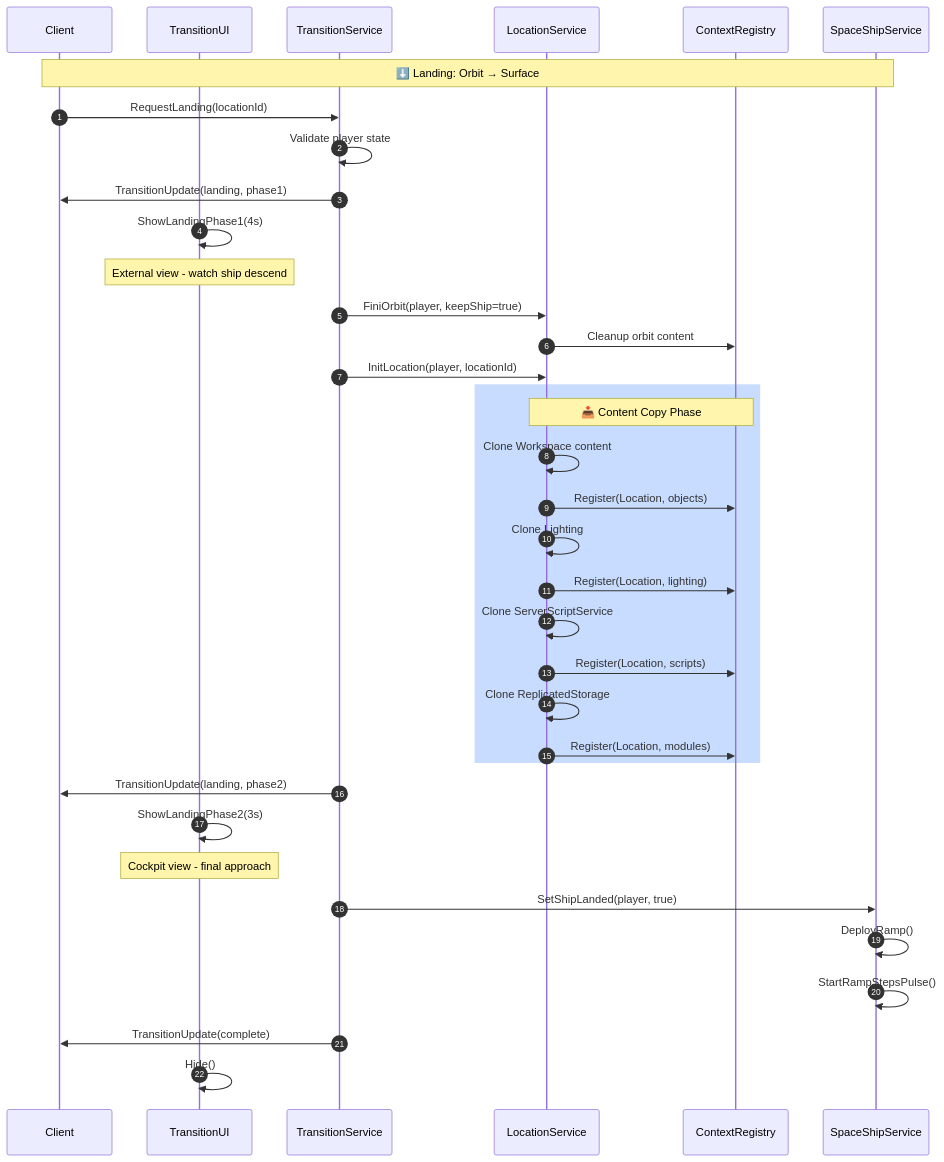
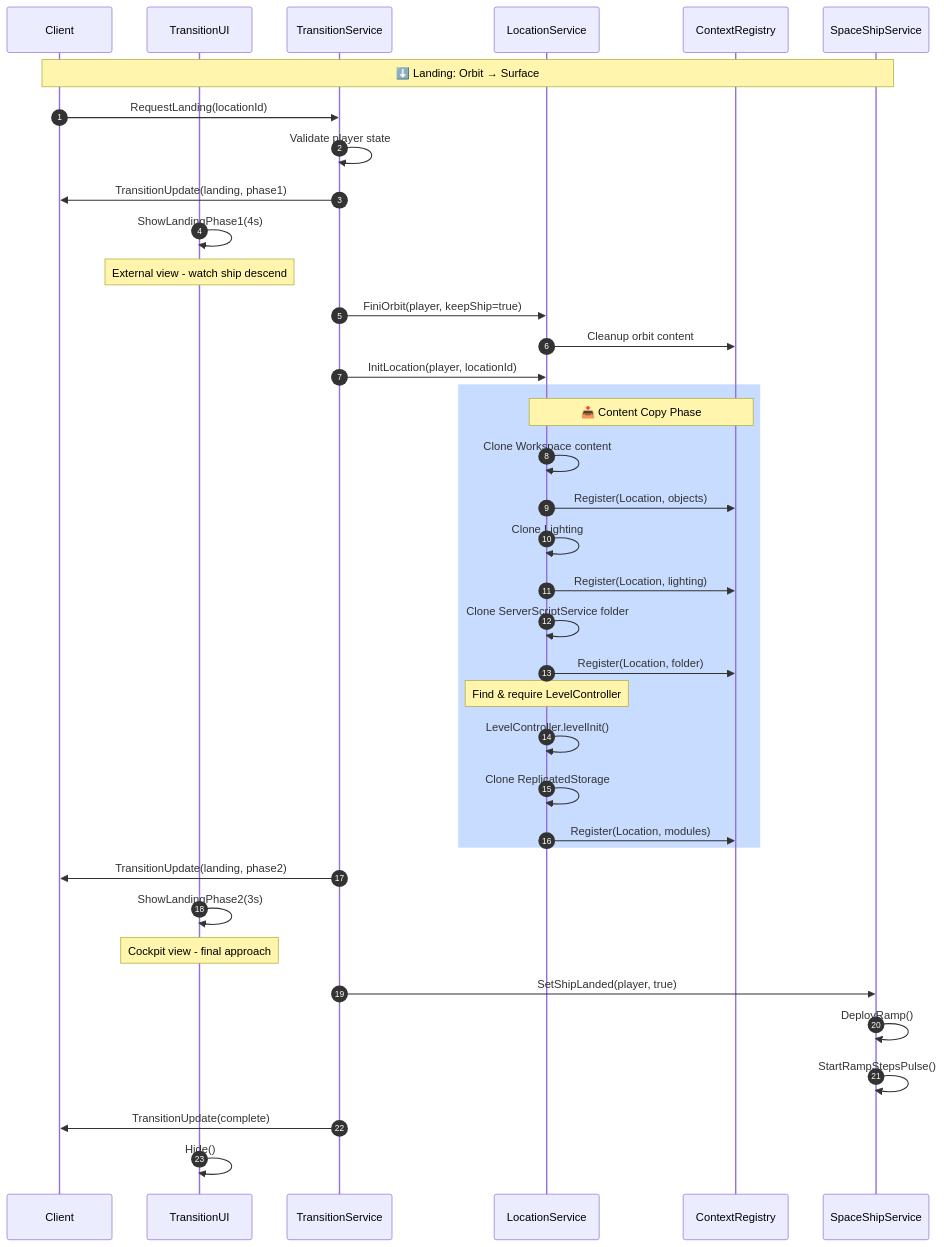
Before and after one commit to nick-fedchik/CallOfRelics: the eighth of 18 diagrams in Docs/TechDesign/ARCHITECTURE.md, drawn with Mermaid. The commit also changed other lines of this file and 2 other files, not shown here.

First line of the commit message:
docs: Update tech docs for LevelController Framework v0.7

````diff
--- a/Docs/TechDesign/ARCHITECTURE.md
+++ b/Docs/TechDesign/ARCHITECTURE.md
@@ -407,47 +407,49 @@
 ```mermaid
 sequenceDiagram
     autonumber
     participant Client
     participant TUI as TransitionUI
     participant TS as TransitionService
     participant LS as LocationService
     participant CRS as ContextRegistry
     participant SSS as SpaceShipService
 
     Note over Client,SSS: ⬇️ Landing: Orbit → Surface
 
     Client->>TS: RequestLanding(locationId)
     TS->>TS: Validate player state
 
     TS->>Client: TransitionUpdate(landing, phase1)
     TUI->>TUI: ShowLandingPhase1(4s)
     Note over TUI: External view - watch ship descend
 
     TS->>LS: FiniOrbit(player, keepShip=true)
     LS->>CRS: Cleanup orbit content
 
     TS->>LS: InitLocation(player, locationId)
 
     rect rgb(200, 220, 255)
         Note over LS,CRS: 📥 Content Copy Phase
         LS->>LS: Clone Workspace content
         LS->>CRS: Register(Location, objects)
         LS->>LS: Clone Lighting
         LS->>CRS: Register(Location, lighting)
-        LS->>LS: Clone ServerScriptService
-        LS->>CRS: Register(Location, scripts)
+        LS->>LS: Clone ServerScriptService folder
+        LS->>CRS: Register(Location, folder)
+        Note over LS: Find & require LevelController
+        LS->>LS: LevelController.levelInit()
         LS->>LS: Clone ReplicatedStorage
         LS->>CRS: Register(Location, modules)
     end
 
     TS->>Client: TransitionUpdate(landing, phase2)
     TUI->>TUI: ShowLandingPhase2(3s)
     Note over TUI: Cockpit view - final approach
 
     TS->>SSS: SetShipLanded(player, true)
     SSS->>SSS: DeployRamp()
     SSS->>SSS: StartRampStepsPulse()
 
     TS->>Client: TransitionUpdate(complete)
     TUI->>TUI: Hide()
 ```
````
